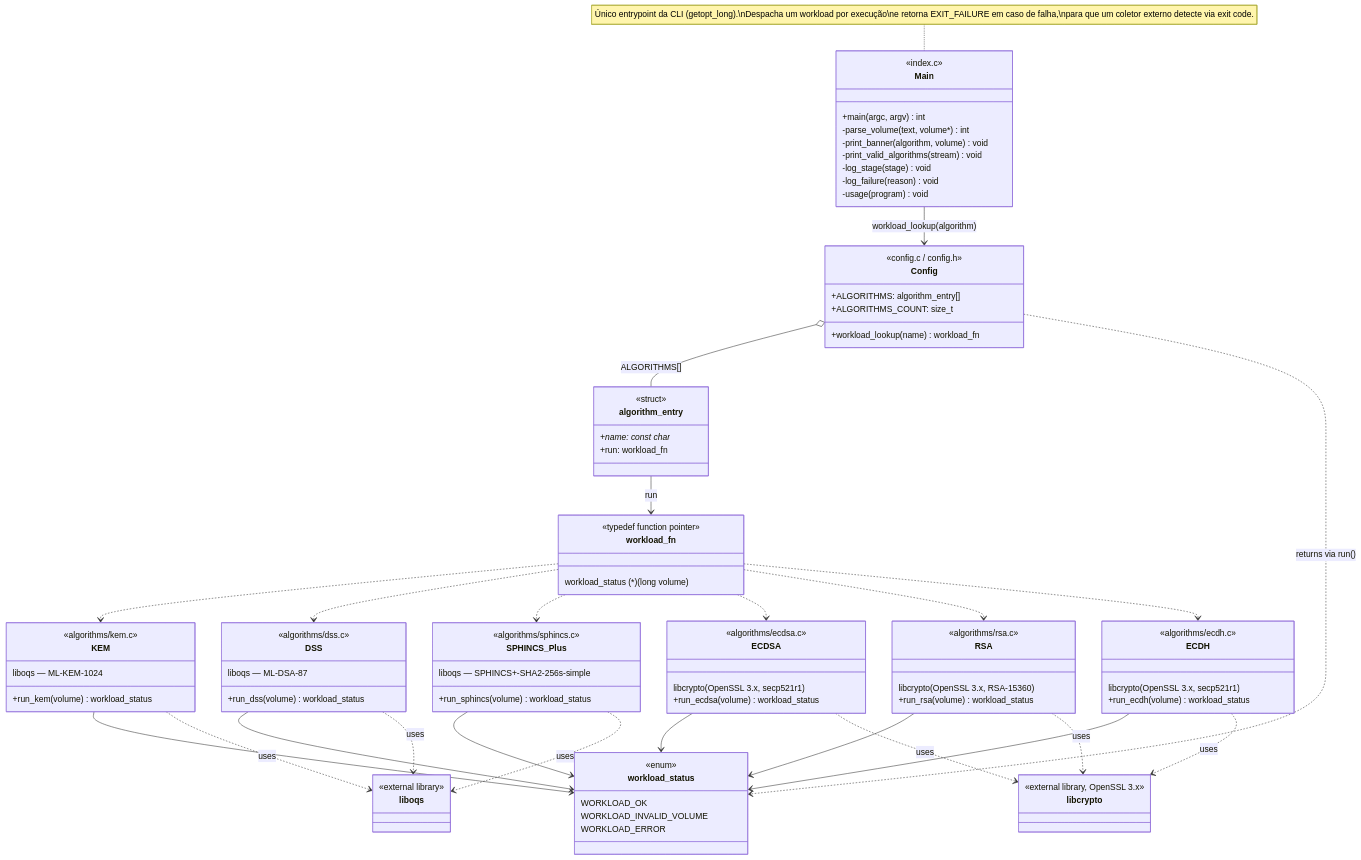
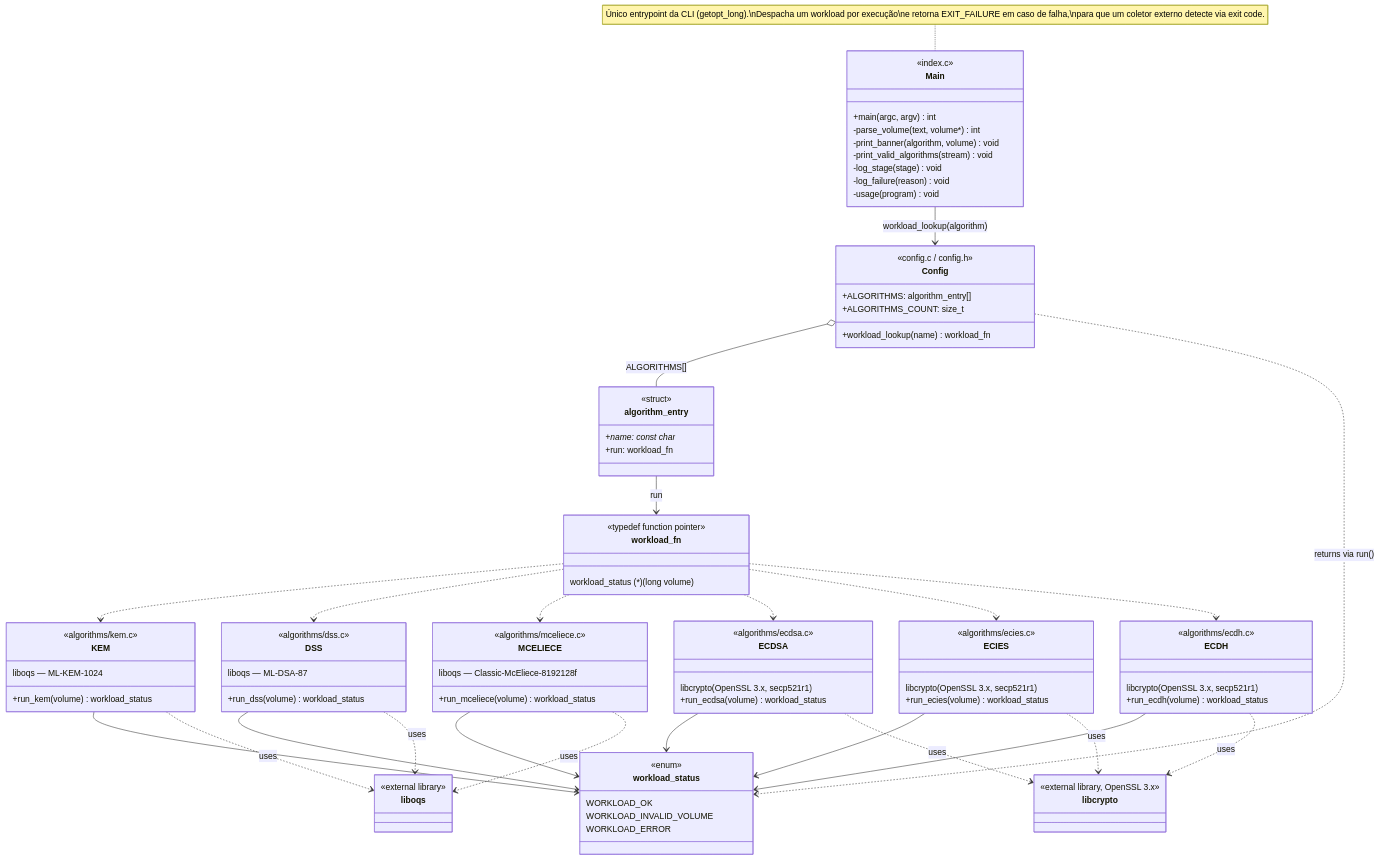
The diagram in docs/Diagrama_Classes.md (Sl3nc/TI_Cript-Quantum), drawn with Mermaid before and after one commit. The commit also changed 18 other files, not shown here.

Commit message:
feat: add McEliese instead SPHINCS+ and ECIES instead RSA (#8)

```diff
--- a/docs/Diagrama_Classes.md
+++ b/docs/Diagrama_Classes.md
@@ -48,16 +48,16 @@
         +run_dss(volume) workload_status
     }
 
-    class SPHINCS_Plus {
-        <<algorithms/sphincs.c>>
-        liboqs — SPHINCS+-SHA2-256s-simple
-        +run_sphincs(volume) workload_status
+    class MCELIECE {
+        <<algorithms/mceliece.c>>
+        liboqs — Classic-McEliece-8192128f
+        +run_mceliece(volume) workload_status
     }
 
-    class RSA {
-        <<algorithms/rsa.c>>
-        libcrypto (OpenSSL 3.x, RSA-15360)
-        +run_rsa(volume) workload_status
+    class ECIES {
+        <<algorithms/ecies.c>>
+        libcrypto (OpenSSL 3.x, secp521r1)
+        +run_ecies(volume) workload_status
     }
 
     class ECDSA {
@@ -87,23 +87,23 @@
 
     workload_fn ..> KEM
     workload_fn ..> DSS
-    workload_fn ..> SPHINCS_Plus
+    workload_fn ..> MCELIECE
     workload_fn ..> ECDSA
-    workload_fn ..> RSA
+    workload_fn ..> ECIES
     workload_fn ..> ECDH
 
     KEM --> workload_status
     DSS --> workload_status
-    SPHINCS_Plus --> workload_status
+    MCELIECE --> workload_status
     ECDSA --> workload_status
-    RSA --> workload_status
+    ECIES --> workload_status
     ECDH --> workload_status
 
     KEM ..> liboqs : uses
     DSS ..> liboqs : uses
-    SPHINCS_Plus ..> liboqs : uses
+    MCELIECE ..> liboqs : uses
     ECDSA ..> libcrypto : uses
-    RSA ..> libcrypto : uses
+    ECIES ..> libcrypto : uses
     ECDH ..> libcrypto : uses
 
     note for Main "Único entrypoint da CLI (getopt_long).\nDespacha um workload por execução\ne retorna EXIT_FAILURE em caso de falha,\npara que um coletor externo detecte via exit code."
```
